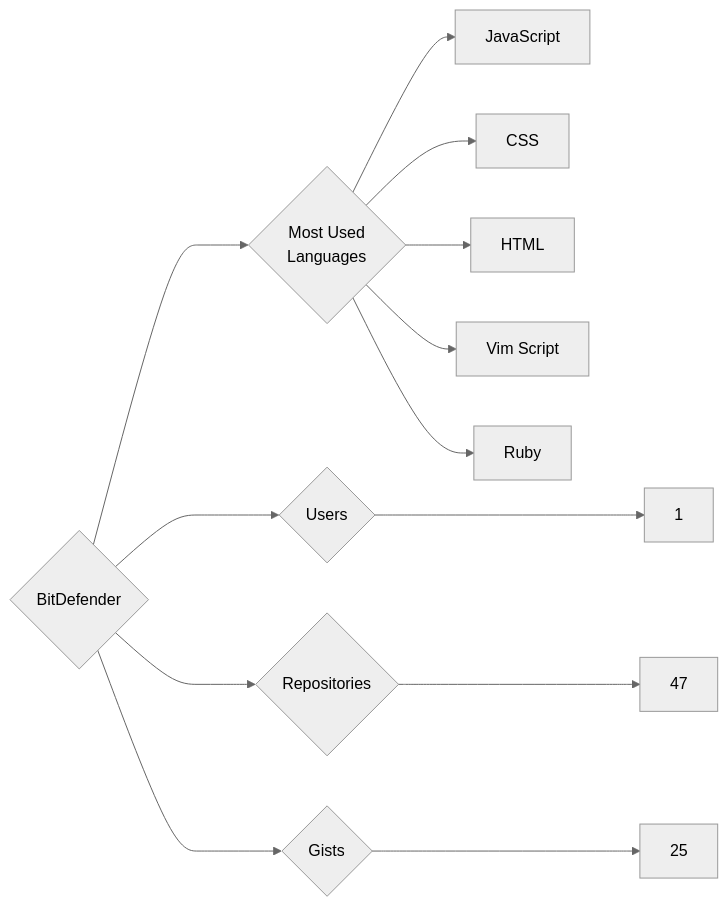
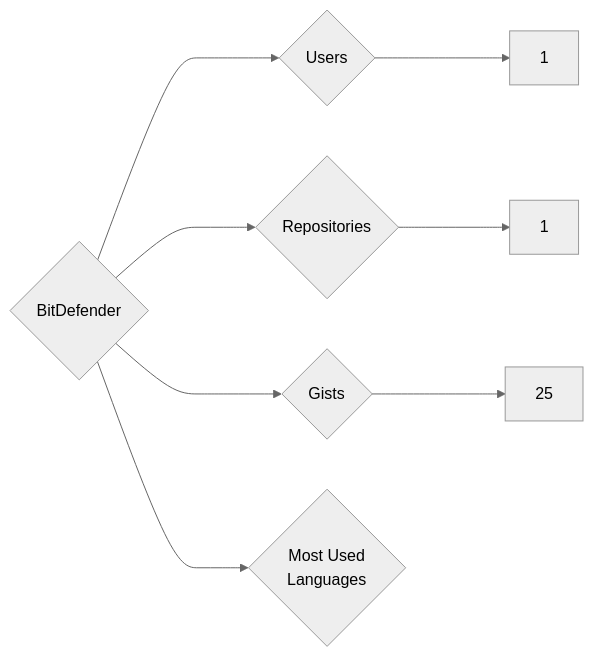
One commit to trickest/insiders changed the diagram in targets/BitDefender/README.md. Above: the diagram before and after it, drawn with Mermaid (neutral theme). The commit also changed 1175 other files, not shown here.

````diff
--- a/targets/BitDefender/README.md
+++ b/targets/BitDefender/README.md
@@ -3,13 +3,8 @@
 ```mermaid
 graph LR
 COMPANY_NAME{BitDefender}
 COMPANY_NAME ---> U{Users} ---> UN[1]
-COMPANY_NAME ---> R{Repositories} ---> RN[47]
+COMPANY_NAME ---> R{Repositories} ---> RN[1]
 COMPANY_NAME ---> G{Gists} ---> GN[25]
 COMPANY_NAME ---> ML{Most Used<br>Languages}
-ML --> JavaScript[JavaScript]
-ML --> CSS[CSS]
-ML --> HTML[HTML]
-ML --> Vim_Script[Vim Script]
-ML --> Ruby[Ruby]
 ```
````
